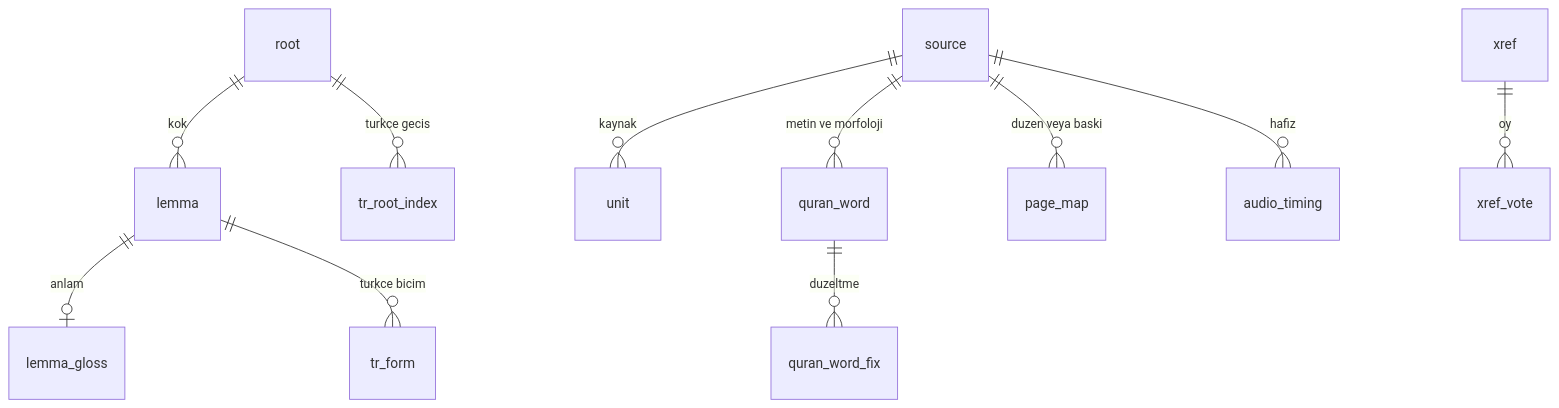
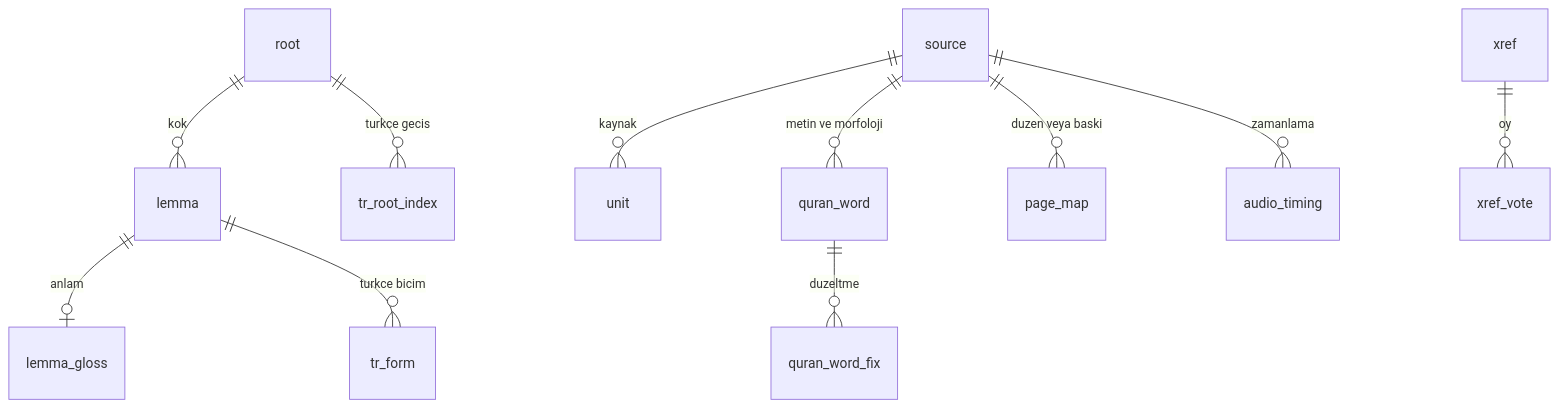
The first of 2 diagrams in docs/03-veri/02-editoryal-veritabani.md (karasaid379-hue/mutalaa), drawn with Mermaid before and after one commit. The commit also changed other lines of this file and 35 other files, not shown here.

````diff
--- a/docs/03-veri/02-editoryal-veritabani.md
+++ b/docs/03-veri/02-editoryal-veritabani.md
@@ -16,13 +16,13 @@
 ```mermaid
 erDiagram
   source ||--o{ unit : "kaynak"
   source ||--o{ quran_word : "metin ve morfoloji"
   root ||--o{ lemma : "kok"
   lemma ||--o| lemma_gloss : "anlam"
   quran_word ||--o{ quran_word_fix : "duzeltme"
   lemma ||--o{ tr_form : "turkce bicim"
   root ||--o{ tr_root_index : "turkce gecis"
   xref ||--o{ xref_vote : "oy"
   source ||--o{ page_map : "duzen veya baski"
-  source ||--o{ audio_timing : "hafiz"
+  source ||--o{ audio_timing : "zamanlama"
 ```
````
